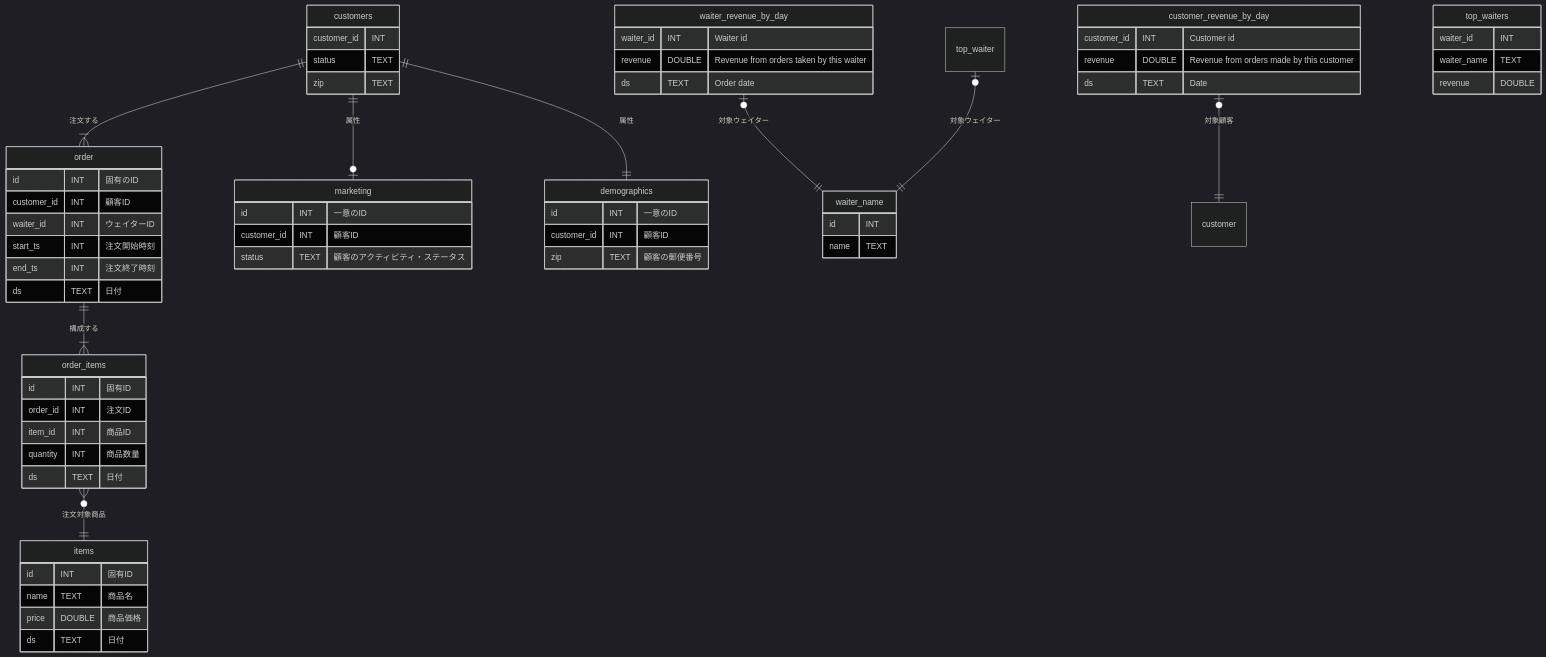
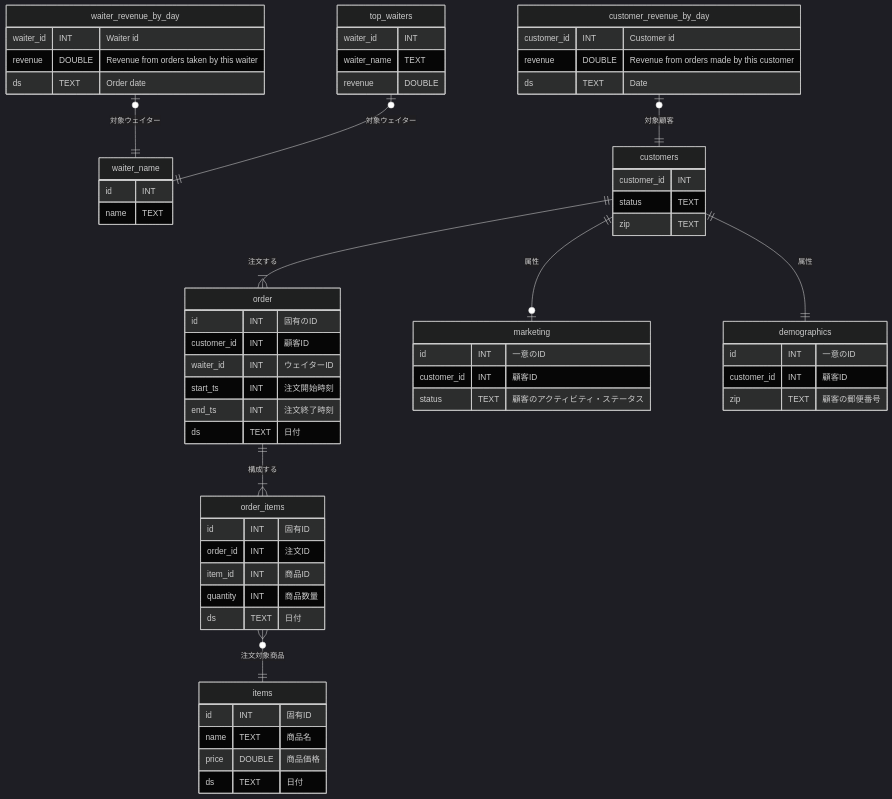
One commit to take0a/zenn-docs changed the second of 2 diagrams in articles/8752f660373534.md. Above: the diagram before and after it, drawn with Mermaid (dark theme).

Commit message:
これで

````diff
--- a/articles/8752f660373534.md
+++ b/articles/8752f660373534.md
@@ -251,66 +251,66 @@
 ```mermaid
 erDiagram
     order ||--|{ order_items : "構成する"
     order_items }o--|| items : "注文対象商品"
     marketing {
         id INT "一意のID"
         customer_id INT "顧客ID"
         status TEXT "顧客のアクティビティ・ステータス"
     }
     demographics {
         id INT "一意のID"
         customer_id INT "顧客ID"
         zip TEXT "顧客の郵便番号"
     }
     order {
         id INT "固有のID"
         customer_id INT "顧客ID"
         waiter_id INT "ウェイターID"
         start_ts INT "注文開始時刻"
         end_ts INT "注文終了時刻"
         ds TEXT "日付"
     }
     order_items {
         id INT "固有ID"
         order_id INT "注文ID"
         item_id INT "商品ID"
         quantity INT "商品数量"
         ds TEXT "日付"
     }
     items {
         id INT "固有ID"
         name TEXT "商品名"
         price DOUBLE "商品価格"
         ds TEXT "日付"
     }
     waiter_name {
         id INT
         name TEXT
     }
     customers ||--|{ order : "注文する"
     customers ||--|| demographics : "属性"
     customers ||--o| marketing : "属性"
     customers {
         customer_id INT
         status TEXT
         zip TEXT
     }
-    customer_revenue_by_day |o--|| customer : "対象顧客"
+    customer_revenue_by_day |o--|| customers : "対象顧客"
     customer_revenue_by_day {
         customer_id INT "Customer id"
         revenue DOUBLE "Revenue from orders made by this customer"
         ds TEXT "Date"
     }
     waiter_revenue_by_day |o--|| waiter_name : "対象ウェイター"
     waiter_revenue_by_day {
         waiter_id INT "Waiter id"
         revenue DOUBLE "Revenue from orders taken by this waiter"
         ds TEXT "Order date"
     }
-    top_waiter |o--|| waiter_name : "対象ウェイター"
+    top_waiters |o--|| waiter_name : "対象ウェイター"
     top_waiters {
         waiter_id INT
         waiter_name TEXT
         revenue DOUBLE
     }
 ```
````
